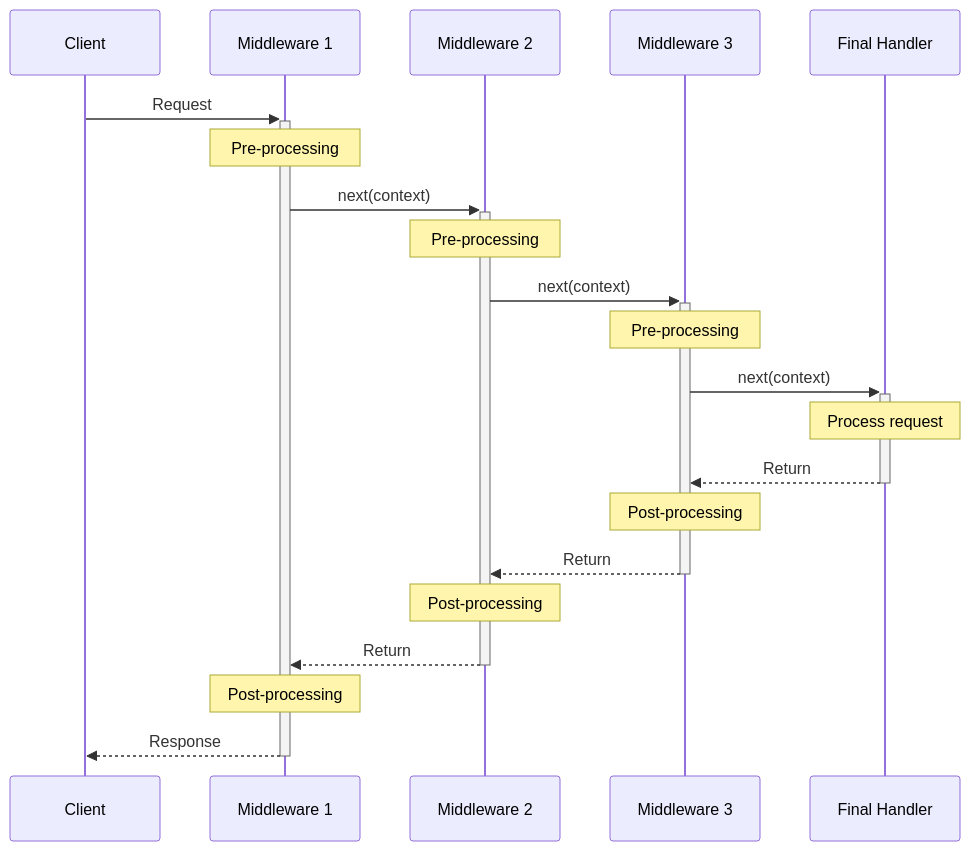
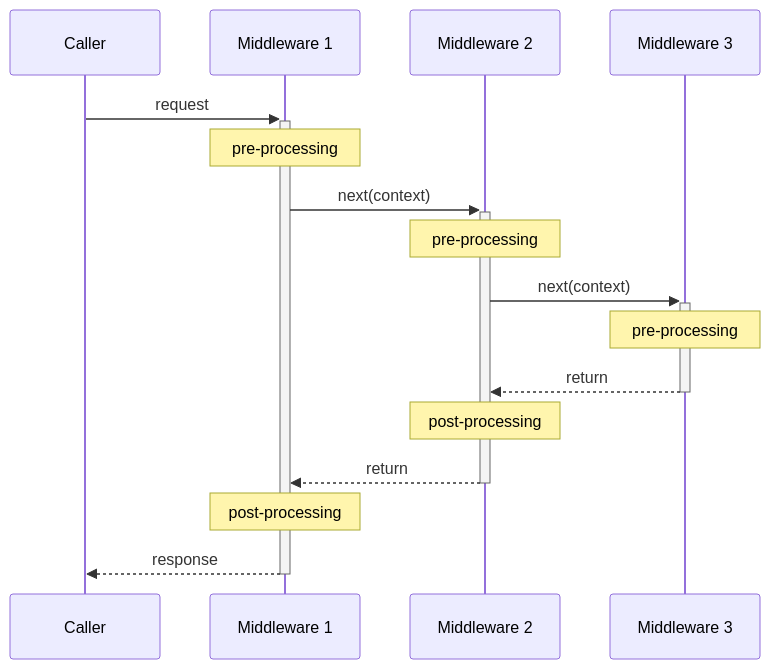
The diagram in README.md (marklauter/plumber), drawn with Mermaid before and after one commit. The commit also changed other lines of this file and 98 other files, not shown here.

````diff
--- a/README.md
+++ b/README.md
@@ -256,24 +98,19 @@
 ```mermaid
 sequenceDiagram
-    participant Client
+    participant Caller
     participant MW1 as Middleware 1
     participant MW2 as Middleware 2
     participant MW3 as Middleware 3
-    participant Handler as Final Handler
-    
-    Client->>+MW1: Request
-    Note over MW1: Pre-processing
+
+    Caller->>+MW1: request
+    Note over MW1: pre-processing
     MW1->>+MW2: next(context)
-    Note over MW2: Pre-processing
+    Note over MW2: pre-processing
     MW2->>+MW3: next(context)
-    Note over MW3: Pre-processing
-    MW3->>+Handler: next(context)
-    Note over Handler: Process request
-    Handler-->>-MW3: Return
-    Note over MW3: Post-processing
-    MW3-->>-MW2: Return
-    Note over MW2: Post-processing
-    MW2-->>-MW1: Return
-    Note over MW1: Post-processing
-    MW1-->>-Client: Response
+    Note over MW3: pre-processing
+    MW3-->>-MW2: return
+    Note over MW2: post-processing
+    MW2-->>-MW1: return
+    Note over MW1: post-processing
+    MW1-->>-Caller: response
 ```
````
